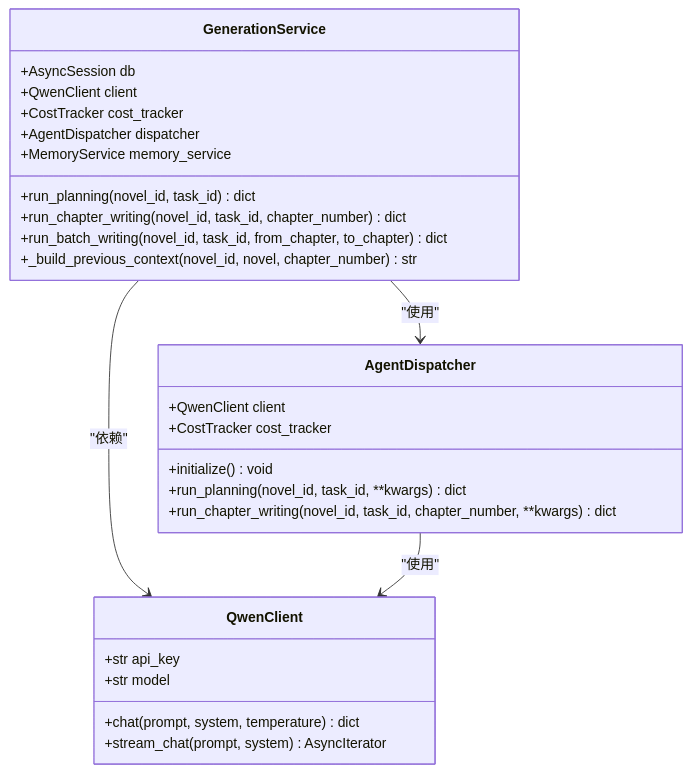
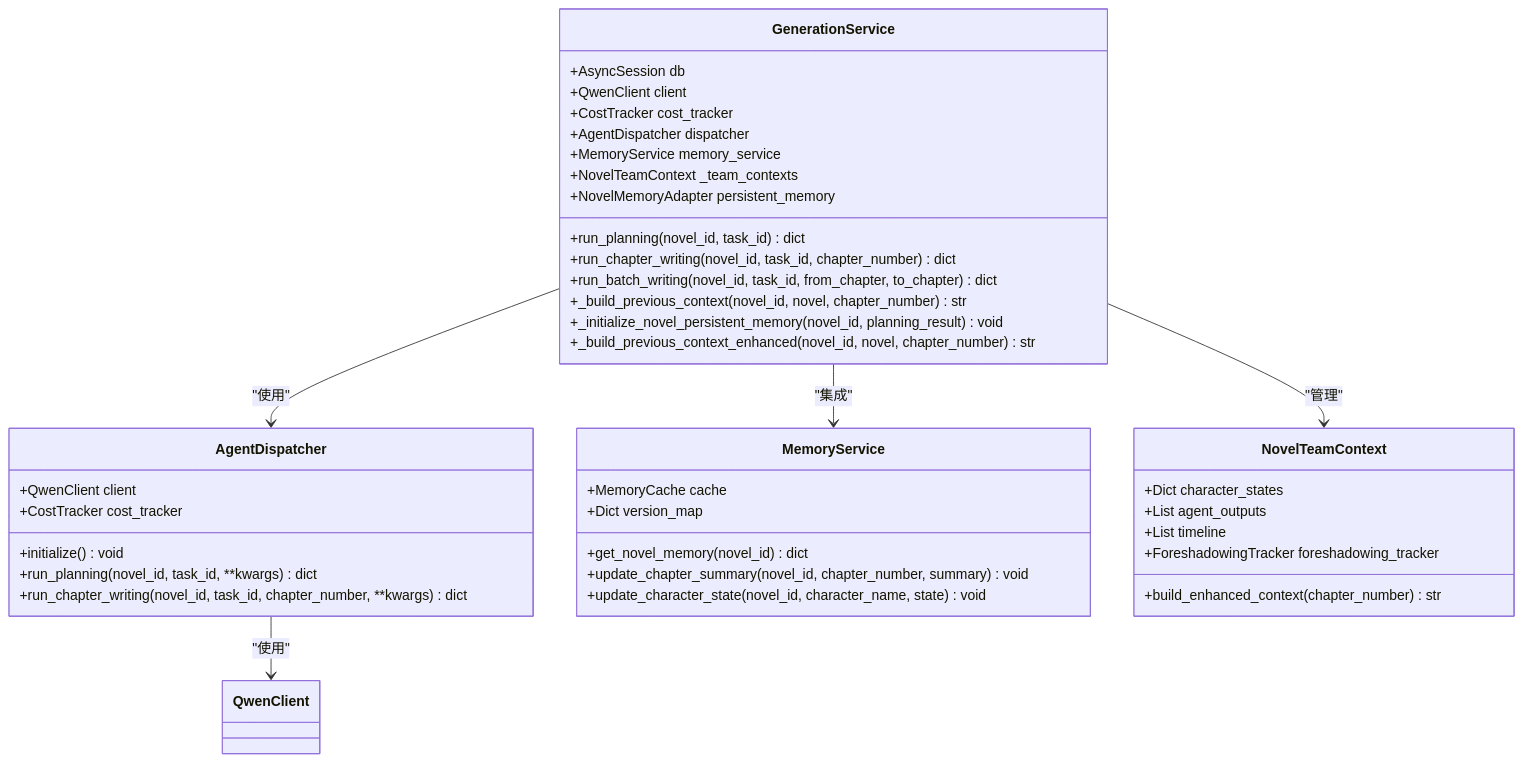
The second of 10 diagrams in .qoder/repowiki/zh/content/Generation Service.md (xfbyxq/ai-novel-system), drawn with Mermaid before and after one commit. The commit also changed other lines of this file and 10 other files, not shown here.

````diff
--- a/.qoder/repowiki/zh/content/Generation Service.md
+++ b/.qoder/repowiki/zh/content/Generation Service.md
@@ -99,30 +123,43 @@
 ```mermaid
 classDiagram
 class GenerationService {
 +AsyncSession db
 +QwenClient client
 +CostTracker cost_tracker
 +AgentDispatcher dispatcher
 +MemoryService memory_service
++NovelTeamContext _team_contexts
++NovelMemoryAdapter persistent_memory
 +run_planning(novel_id, task_id) dict
 +run_chapter_writing(novel_id, task_id, chapter_number) dict
 +run_batch_writing(novel_id, task_id, from_chapter, to_chapter) dict
 +_build_previous_context(novel_id, novel, chapter_number) str
++_initialize_novel_persistent_memory(novel_id, planning_result) void
++_build_previous_context_enhanced(novel_id, novel, chapter_number) str
 }
 class AgentDispatcher {
 +QwenClient client
 +CostTracker cost_tracker
 +initialize() void
 +run_planning(novel_id, task_id, **kwargs) dict
 +run_chapter_writing(novel_id, task_id, chapter_number, **kwargs) dict
 }
-class QwenClient {
-+str api_key
-+str model
-+chat(prompt, system, temperature) dict
-+stream_chat(prompt, system) AsyncIterator
+class MemoryService {
++MemoryCache cache
++Dict version_map
++get_novel_memory(novel_id) dict
++update_chapter_summary(novel_id, chapter_number, summary) void
++update_character_state(novel_id, character_name, state) void
+}
+class NovelTeamContext {
++Dict character_states
++List agent_outputs
++List timeline
++ForeshadowingTracker foreshadowing_tracker
++build_enhanced_context(chapter_number) str
 }
 GenerationService --> AgentDispatcher : "使用"
-GenerationService --> QwenClient : "依赖"
+GenerationService --> MemoryService : "集成"
+GenerationService --> NovelTeamContext : "管理"
 AgentDispatcher --> QwenClient : "使用"
 ```
````
